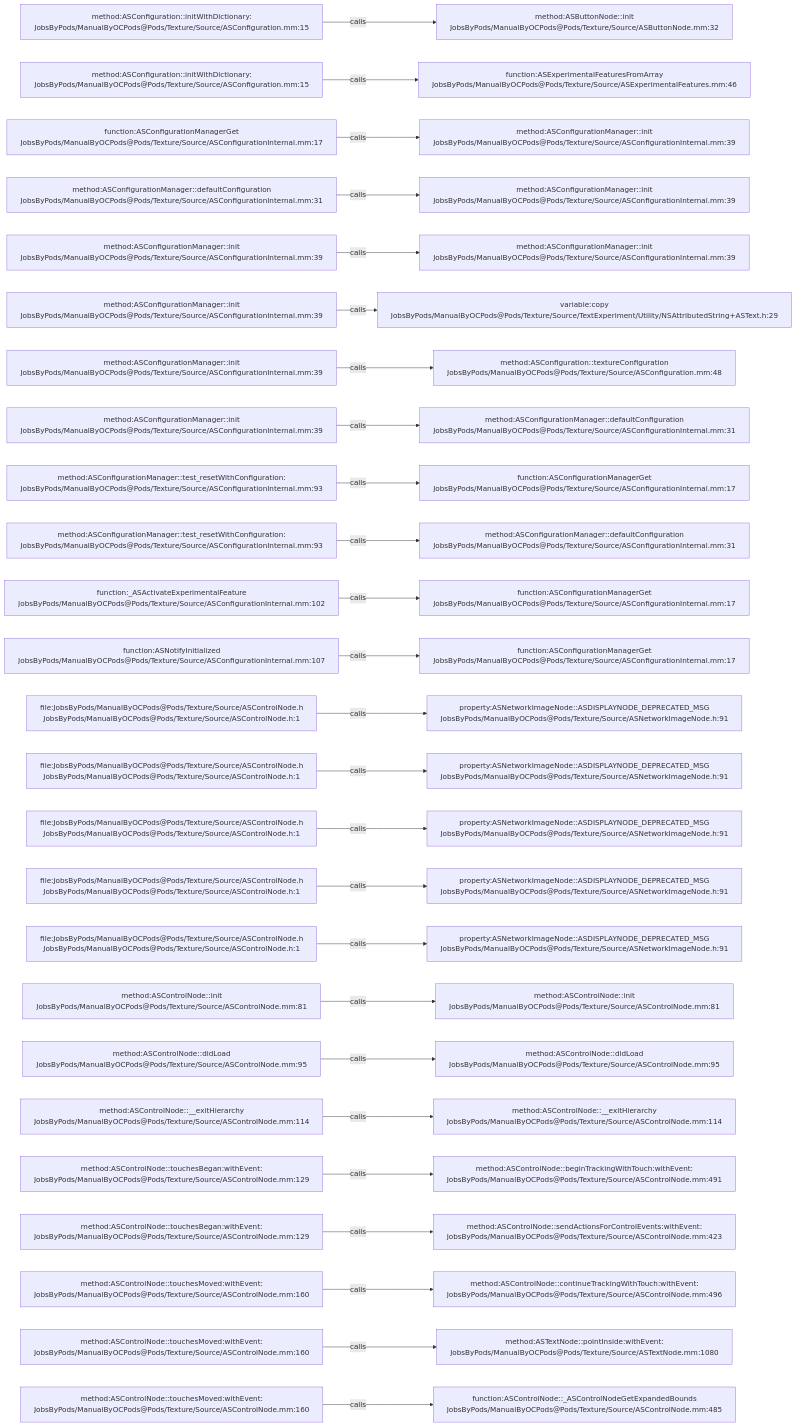
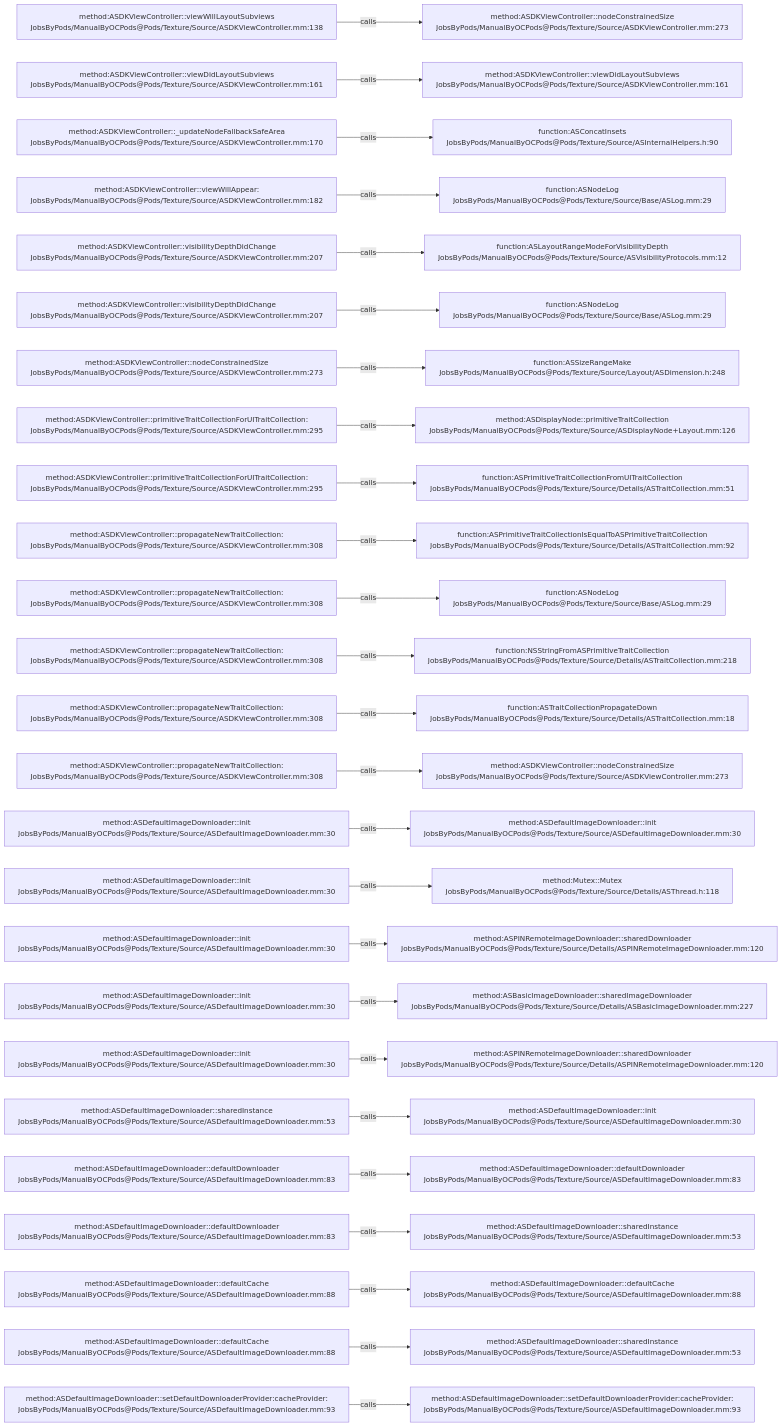
The diagram in .codegraph/codegraph.md/graphs/calls-087.md (JobsKits/JobsOCBaseConfigDemo), drawn with Mermaid before and after one commit. The commit also changed 1353 other files, not shown here.

````diff
--- a/.codegraph/codegraph.md/graphs/calls-087.md
+++ b/.codegraph/codegraph.md/graphs/calls-087.md
@@ -13,78 +13,78 @@
 ```mermaid
 flowchart LR
-  S1["method:ASConfiguration::initWithDictionary:<br/>JobsByPods/ManualByOCPods@Pods/Texture/Source/ASConfiguration.mm:15"]
-  T1["method:ASButtonNode::init<br/>JobsByPods/ManualByOCPods@Pods/Texture/Source/ASButtonNode.mm:32"]
+  S1["method:ASDKViewController::viewWillLayoutSubviews<br/>JobsByPods/ManualByOCPods@Pods/Texture/Source/ASDKViewController.mm:138"]
+  T1["method:ASDKViewController::nodeConstrainedSize<br/>JobsByPods/ManualByOCPods@Pods/Texture/Source/ASDKViewController.mm:273"]
   S1 -->|calls| T1
-  S2["method:ASConfiguration::initWithDictionary:<br/>JobsByPods/ManualByOCPods@Pods/Texture/Source/ASConfiguration.mm:15"]
-  T2["function:ASExperimentalFeaturesFromArray<br/>JobsByPods/ManualByOCPods@Pods/Texture/Source/ASExperimentalFeatures.mm:46"]
+  S2["method:ASDKViewController::viewDidLayoutSubviews<br/>JobsByPods/ManualByOCPods@Pods/Texture/Source/ASDKViewController.mm:161"]
+  T2["method:ASDKViewController::viewDidLayoutSubviews<br/>JobsByPods/ManualByOCPods@Pods/Texture/Source/ASDKViewController.mm:161"]
   S2 -->|calls| T2
-  S3["function:ASConfigurationManagerGet<br/>JobsByPods/ManualByOCPods@Pods/Texture/Source/ASConfigurationInternal.mm:17"]
-  T3["method:ASConfigurationManager::init<br/>JobsByPods/ManualByOCPods@Pods/Texture/Source/ASConfigurationInternal.mm:39"]
+  S3["method:ASDKViewController::_updateNodeFallbackSafeArea<br/>JobsByPods/ManualByOCPods@Pods/Texture/Source/ASDKViewController.mm:170"]
+  T3["function:ASConcatInsets<br/>JobsByPods/ManualByOCPods@Pods/Texture/Source/ASInternalHelpers.h:90"]
   S3 -->|calls| T3
-  S4["method:ASConfigurationManager::defaultConfiguration<br/>JobsByPods/ManualByOCPods@Pods/Texture/Source/ASConfigurationInternal.mm:31"]
-  T4["method:ASConfigurationManager::init<br/>JobsByPods/ManualByOCPods@Pods/Texture/Source/ASConfigurationInternal.mm:39"]
+  S4["method:ASDKViewController::viewWillAppear:<br/>JobsByPods/ManualByOCPods@Pods/Texture/Source/ASDKViewController.mm:182"]
+  T4["function:ASNodeLog<br/>JobsByPods/ManualByOCPods@Pods/Texture/Source/Base/ASLog.mm:29"]
   S4 -->|calls| T4
-  S5["method:ASConfigurationManager::init<br/>JobsByPods/ManualByOCPods@Pods/Texture/Source/ASConfigurationInternal.mm:39"]
-  T5["method:ASConfigurationManager::init<br/>JobsByPods/ManualByOCPods@Pods/Texture/Source/ASConfigurationInternal.mm:39"]
+  S5["method:ASDKViewController::visibilityDepthDidChange<br/>JobsByPods/ManualByOCPods@Pods/Texture/Source/ASDKViewController.mm:207"]
+  T5["function:ASLayoutRangeModeForVisibilityDepth<br/>JobsByPods/ManualByOCPods@Pods/Texture/Source/ASVisibilityProtocols.mm:12"]
   S5 -->|calls| T5
-  S6["method:ASConfigurationManager::init<br/>JobsByPods/ManualByOCPods@Pods/Texture/Source/ASConfigurationInternal.mm:39"]
-  T6["variable:copy<br/>JobsByPods/ManualByOCPods@Pods/Texture/Source/TextExperiment/Utility/NSAttributedString+ASText.h:29"]
+  S6["method:ASDKViewController::visibilityDepthDidChange<br/>JobsByPods/ManualByOCPods@Pods/Texture/Source/ASDKViewController.mm:207"]
+  T6["function:ASNodeLog<br/>JobsByPods/ManualByOCPods@Pods/Texture/Source/Base/ASLog.mm:29"]
   S6 -->|calls| T6
-  S7["method:ASConfigurationManager::init<br/>JobsByPods/ManualByOCPods@Pods/Texture/Source/ASConfigurationInternal.mm:39"]
-  T7["method:ASConfiguration::textureConfiguration<br/>JobsByPods/ManualByOCPods@Pods/Texture/Source/ASConfiguration.mm:48"]
+  S7["method:ASDKViewController::nodeConstrainedSize<br/>JobsByPods/ManualByOCPods@Pods/Texture/Source/ASDKViewController.mm:273"]
+  T7["function:ASSizeRangeMake<br/>JobsByPods/ManualByOCPods@Pods/Texture/Source/Layout/ASDimension.h:248"]
   S7 -->|calls| T7
-  S8["method:ASConfigurationManager::init<br/>JobsByPods/ManualByOCPods@Pods/Texture/Source/ASConfigurationInternal.mm:39"]
-  T8["method:ASConfigurationManager::defaultConfiguration<br/>JobsByPods/ManualByOCPods@Pods/Texture/Source/ASConfigurationInternal.mm:31"]
+  S8["method:ASDKViewController::primitiveTraitCollectionForUITraitCollection:<br/>JobsByPods/ManualByOCPods@Pods/Texture/Source/ASDKViewController.mm:295"]
+  T8["method:ASDisplayNode::primitiveTraitCollection<br/>JobsByPods/ManualByOCPods@Pods/Texture/Source/ASDisplayNode+Layout.mm:126"]
   S8 -->|calls| T8
-  S9["method:ASConfigurationManager::test_resetWithConfiguration:<br/>JobsByPods/ManualByOCPods@Pods/Texture/Source/ASConfigurationInternal.mm:93"]
-  T9["function:ASConfigurationManagerGet<br/>JobsByPods/ManualByOCPods@Pods/Texture/Source/ASConfigurationInternal.mm:17"]
+  S9["method:ASDKViewController::primitiveTraitCollectionForUITraitCollection:<br/>JobsByPods/ManualByOCPods@Pods/Texture/Source/ASDKViewController.mm:295"]
+  T9["function:ASPrimitiveTraitCollectionFromUITraitCollection<br/>JobsByPods/ManualByOCPods@Pods/Texture/Source/Details/ASTraitCollection.mm:51"]
   S9 -->|calls| T9
-  S10["method:ASConfigurationManager::test_resetWithConfiguration:<br/>JobsByPods/ManualByOCPods@Pods/Texture/Source/ASConfigurationInternal.mm:93"]
-  T10["method:ASConfigurationManager::defaultConfiguration<br/>JobsByPods/ManualByOCPods@Pods/Texture/Source/ASConfigurationInternal.mm:31"]
+  S10["method:ASDKViewController::propagateNewTraitCollection:<br/>JobsByPods/ManualByOCPods@Pods/Texture/Source/ASDKViewController.mm:308"]
+  T10["function:ASPrimitiveTraitCollectionIsEqualToASPrimitiveTraitCollection<br/>JobsByPods/ManualByOCPods@Pods/Texture/Source/Details/ASTraitCollection.mm:92"]
   S10 -->|calls| T10
-  S11["function:_ASActivateExperimentalFeature<br/>JobsByPods/ManualByOCPods@Pods/Texture/Source/ASConfigurationInternal.mm:102"]
-  T11["function:ASConfigurationManagerGet<br/>JobsByPods/ManualByOCPods@Pods/Texture/Source/ASConfigurationInternal.mm:17"]
+  S11["method:ASDKViewController::propagateNewTraitCollection:<br/>JobsByPods/ManualByOCPods@Pods/Texture/Source/ASDKViewController.mm:308"]
+  T11["function:ASNodeLog<br/>JobsByPods/ManualByOCPods@Pods/Texture/Source/Base/ASLog.mm:29"]
   S11 -->|calls| T11
-  S12["function:ASNotifyInitialized<br/>JobsByPods/ManualByOCPods@Pods/Texture/Source/ASConfigurationInternal.mm:107"]
-  T12["function:ASConfigurationManagerGet<br/>JobsByPods/ManualByOCPods@Pods/Texture/Source/ASConfigurationInternal.mm:17"]
+  S12["method:ASDKViewController::propagateNewTraitCollection:<br/>JobsByPods/ManualByOCPods@Pods/Texture/Source/ASDKViewController.mm:308"]
+  T12["function:NSStringFromASPrimitiveTraitCollection<br/>JobsByPods/ManualByOCPods@Pods/Texture/Source/Details/ASTraitCollection.mm:218"]
   S12 -->|calls| T12
-  S13["file:JobsByPods/ManualByOCPods@Pods/Texture/Source/ASControlNode.h<br/>JobsByPods/ManualByOCPods@Pods/Texture/Source/ASControlNode.h:1"]
-  T13["property:ASNetworkImageNode::ASDISPLAYNODE_DEPRECATED_MSG<br/>JobsByPods/ManualByOCPods@Pods/Texture/Source/ASNetworkImageNode.h:91"]
+  S13["method:ASDKViewController::propagateNewTraitCollection:<br/>JobsByPods/ManualByOCPods@Pods/Texture/Source/ASDKViewController.mm:308"]
+  T13["function:ASTraitCollectionPropagateDown<br/>JobsByPods/ManualByOCPods@Pods/Texture/Source/Details/ASTraitCollection.mm:18"]
   S13 -->|calls| T13
-  S14["file:JobsByPods/ManualByOCPods@Pods/Texture/Source/ASControlNode.h<br/>JobsByPods/ManualByOCPods@Pods/Texture/Source/ASControlNode.h:1"]
-  T14["property:ASNetworkImageNode::ASDISPLAYNODE_DEPRECATED_MSG<br/>JobsByPods/ManualByOCPods@Pods/Texture/Source/ASNetworkImageNode.h:91"]
+  S14["method:ASDKViewController::propagateNewTraitCollection:<br/>JobsByPods/ManualByOCPods@Pods/Texture/Source/ASDKViewController.mm:308"]
+  T14["method:ASDKViewController::nodeConstrainedSize<br/>JobsByPods/ManualByOCPods@Pods/Texture/Source/ASDKViewController.mm:273"]
   S14 -->|calls| T14
-  S15["file:JobsByPods/ManualByOCPods@Pods/Texture/Source/ASControlNode.h<br/>JobsByPods/ManualByOCPods@Pods/Texture/Source/ASControlNode.h:1"]
-  T15["property:ASNetworkImageNode::ASDISPLAYNODE_DEPRECATED_MSG<br/>JobsByPods/ManualByOCPods@Pods/Texture/Source/ASNetworkImageNode.h:91"]
+  S15["method:ASDefaultImageDownloader::init<br/>JobsByPods/ManualByOCPods@Pods/Texture/Source/ASDefaultImageDownloader.mm:30"]
+  T15["method:ASDefaultImageDownloader::init<br/>JobsByPods/ManualByOCPods@Pods/Texture/Source/ASDefaultImageDownloader.mm:30"]
   S15 -->|calls| T15
-  S16["file:JobsByPods/ManualByOCPods@Pods/Texture/Source/ASControlNode.h<br/>JobsByPods/ManualByOCPods@Pods/Texture/Source/ASControlNode.h:1"]
-  T16["property:ASNetworkImageNode::ASDISPLAYNODE_DEPRECATED_MSG<br/>JobsByPods/ManualByOCPods@Pods/Texture/Source/ASNetworkImageNode.h:91"]
+  S16["method:ASDefaultImageDownloader::init<br/>JobsByPods/ManualByOCPods@Pods/Texture/Source/ASDefaultImageDownloader.mm:30"]
+  T16["method:Mutex::Mutex<br/>JobsByPods/ManualByOCPods@Pods/Texture/Source/Details/ASThread.h:118"]
   S16 -->|calls| T16
-  S17["file:JobsByPods/ManualByOCPods@Pods/Texture/Source/ASControlNode.h<br/>JobsByPods/ManualByOCPods@Pods/Texture/Source/ASControlNode.h:1"]
-  T17["property:ASNetworkImageNode::ASDISPLAYNODE_DEPRECATED_MSG<br/>JobsByPods/ManualByOCPods@Pods/Texture/Source/ASNetworkImageNode.h:91"]
+  S17["method:ASDefaultImageDownloader::init<br/>JobsByPods/ManualByOCPods@Pods/Texture/Source/ASDefaultImageDownloader.mm:30"]
+  T17["method:ASPINRemoteImageDownloader::sharedDownloader<br/>JobsByPods/ManualByOCPods@Pods/Texture/Source/Details/ASPINRemoteImageDownloader.mm:120"]
   S17 -->|calls| T17
-  S18["method:ASControlNode::init<br/>JobsByPods/ManualByOCPods@Pods/Texture/Source/ASControlNode.mm:81"]
-  T18["method:ASControlNode::init<br/>JobsByPods/ManualByOCPods@Pods/Texture/Source/ASControlNode.mm:81"]
+  S18["method:ASDefaultImageDownloader::init<br/>JobsByPods/ManualByOCPods@Pods/Texture/Source/ASDefaultImageDownloader.mm:30"]
+  T18["method:ASBasicImageDownloader::sharedImageDownloader<br/>JobsByPods/ManualByOCPods@Pods/Texture/Source/Details/ASBasicImageDownloader.mm:227"]
   S18 -->|calls| T18
-  S19["method:ASControlNode::didLoad<br/>JobsByPods/ManualByOCPods@Pods/Texture/Source/ASControlNode.mm:95"]
-  T19["method:ASControlNode::didLoad<br/>JobsByPods/ManualByOCPods@Pods/Texture/Source/ASControlNode.mm:95"]
+  S19["method:ASDefaultImageDownloader::init<br/>JobsByPods/ManualByOCPods@Pods/Texture/Source/ASDefaultImageDownloader.mm:30"]
+  T19["method:ASPINRemoteImageDownloader::sharedDownloader<br/>JobsByPods/ManualByOCPods@Pods/Texture/Source/Details/ASPINRemoteImageDownloader.mm:120"]
   S19 -->|calls| T19
-  S20["method:ASControlNode::__exitHierarchy<br/>JobsByPods/ManualByOCPods@Pods/Texture/Source/ASControlNode.mm:114"]
-  T20["method:ASControlNode::__exitHierarchy<br/>JobsByPods/ManualByOCPods@Pods/Texture/Source/ASControlNode.mm:114"]
+  S20["method:ASDefaultImageDownloader::sharedInstance<br/>JobsByPods/ManualByOCPods@Pods/Texture/Source/ASDefaultImageDownloader.mm:53"]
+  T20["method:ASDefaultImageDownloader::init<br/>JobsByPods/ManualByOCPods@Pods/Texture/Source/ASDefaultImageDownloader.mm:30"]
   S20 -->|calls| T20
-  S21["method:ASControlNode::touchesBegan:withEvent:<br/>JobsByPods/ManualByOCPods@Pods/Texture/Source/ASControlNode.mm:129"]
-  T21["method:ASControlNode::beginTrackingWithTouch:withEvent:<br/>JobsByPods/ManualByOCPods@Pods/Texture/Source/ASControlNode.mm:491"]
+  S21["method:ASDefaultImageDownloader::defaultDownloader<br/>JobsByPods/ManualByOCPods@Pods/Texture/Source/ASDefaultImageDownloader.mm:83"]
+  T21["method:ASDefaultImageDownloader::defaultDownloader<br/>JobsByPods/ManualByOCPods@Pods/Texture/Source/ASDefaultImageDownloader.mm:83"]
   S21 -->|calls| T21
-  S22["method:ASControlNode::touchesBegan:withEvent:<br/>JobsByPods/ManualByOCPods@Pods/Texture/Source/ASControlNode.mm:129"]
-  T22["method:ASControlNode::sendActionsForControlEvents:withEvent:<br/>JobsByPods/ManualByOCPods@Pods/Texture/Source/ASControlNode.mm:423"]
+  S22["method:ASDefaultImageDownloader::defaultDownloader<br/>JobsByPods/ManualByOCPods@Pods/Texture/Source/ASDefaultImageDownloader.mm:83"]
+  T22["method:ASDefaultImageDownloader::sharedInstance<br/>JobsByPods/ManualByOCPods@Pods/Texture/Source/ASDefaultImageDownloader.mm:53"]
   S22 -->|calls| T22
-  S23["method:ASControlNode::touchesMoved:withEvent:<br/>JobsByPods/ManualByOCPods@Pods/Texture/Source/ASControlNode.mm:160"]
-  T23["method:ASControlNode::continueTrackingWithTouch:withEvent:<br/>JobsByPods/ManualByOCPods@Pods/Texture/Source/ASControlNode.mm:496"]
+  S23["method:ASDefaultImageDownloader::defaultCache<br/>JobsByPods/ManualByOCPods@Pods/Texture/Source/ASDefaultImageDownloader.mm:88"]
+  T23["method:ASDefaultImageDownloader::defaultCache<br/>JobsByPods/ManualByOCPods@Pods/Texture/Source/ASDefaultImageDownloader.mm:88"]
   S23 -->|calls| T23
-  S24["method:ASControlNode::touchesMoved:withEvent:<br/>JobsByPods/ManualByOCPods@Pods/Texture/Source/ASControlNode.mm:160"]
-  T24["method:ASTextNode::pointInside:withEvent:<br/>JobsByPods/ManualByOCPods@Pods/Texture/Source/ASTextNode.mm:1080"]
+  S24["method:ASDefaultImageDownloader::defaultCache<br/>JobsByPods/ManualByOCPods@Pods/Texture/Source/ASDefaultImageDownloader.mm:88"]
+  T24["method:ASDefaultImageDownloader::sharedInstance<br/>JobsByPods/ManualByOCPods@Pods/Texture/Source/ASDefaultImageDownloader.mm:53"]
   S24 -->|calls| T24
-  S25["method:ASControlNode::touchesMoved:withEvent:<br/>JobsByPods/ManualByOCPods@Pods/Texture/Source/ASControlNode.mm:160"]
-  T25["function:ASControlNode::_ASControlNodeGetExpandedBounds<br/>JobsByPods/ManualByOCPods@Pods/Texture/Source/ASControlNode.mm:485"]
+  S25["method:ASDefaultImageDownloader::setDefaultDownloaderProvider:cacheProvider:<br/>JobsByPods/ManualByOCPods@Pods/Texture/Source/ASDefaultImageDownloader.mm:93"]
+  T25["method:ASDefaultImageDownloader::setDefaultDownloaderProvider:cacheProvider:<br/>JobsByPods/ManualByOCPods@Pods/Texture/Source/ASDefaultImageDownloader.mm:93"]
   S25 -->|calls| T25
 ```
````
